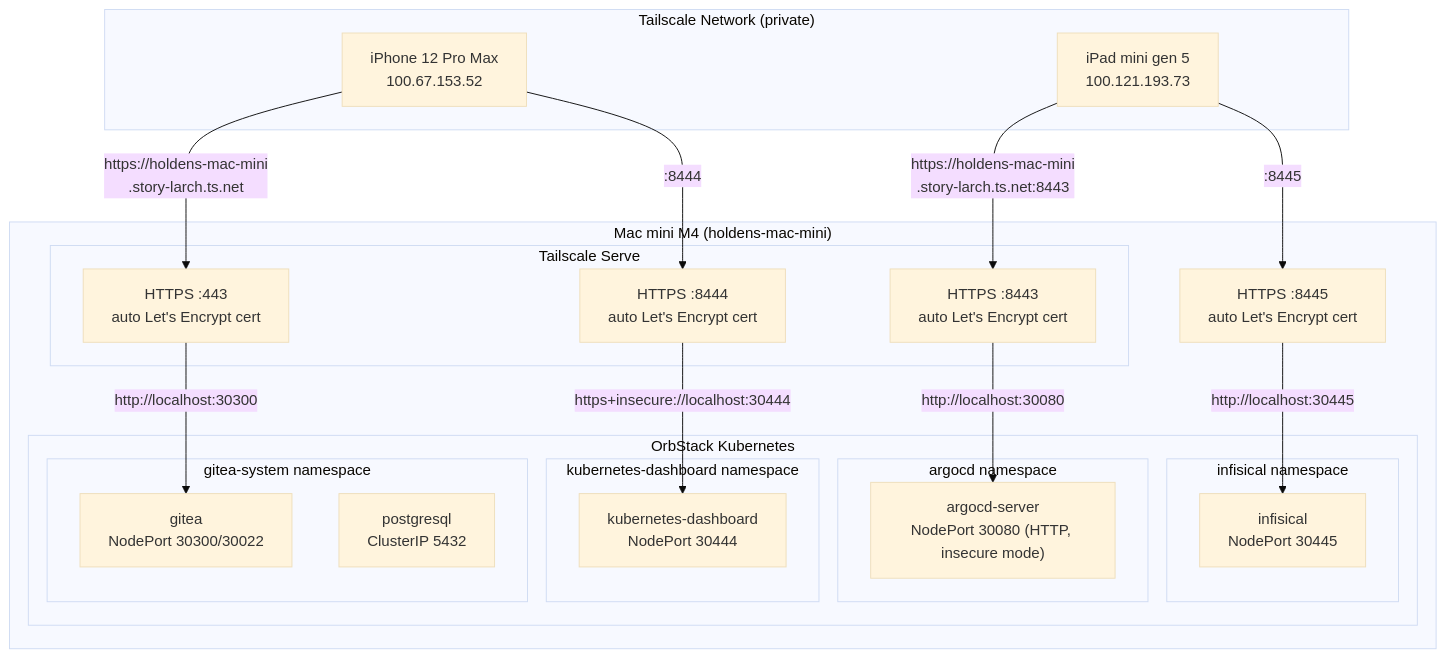
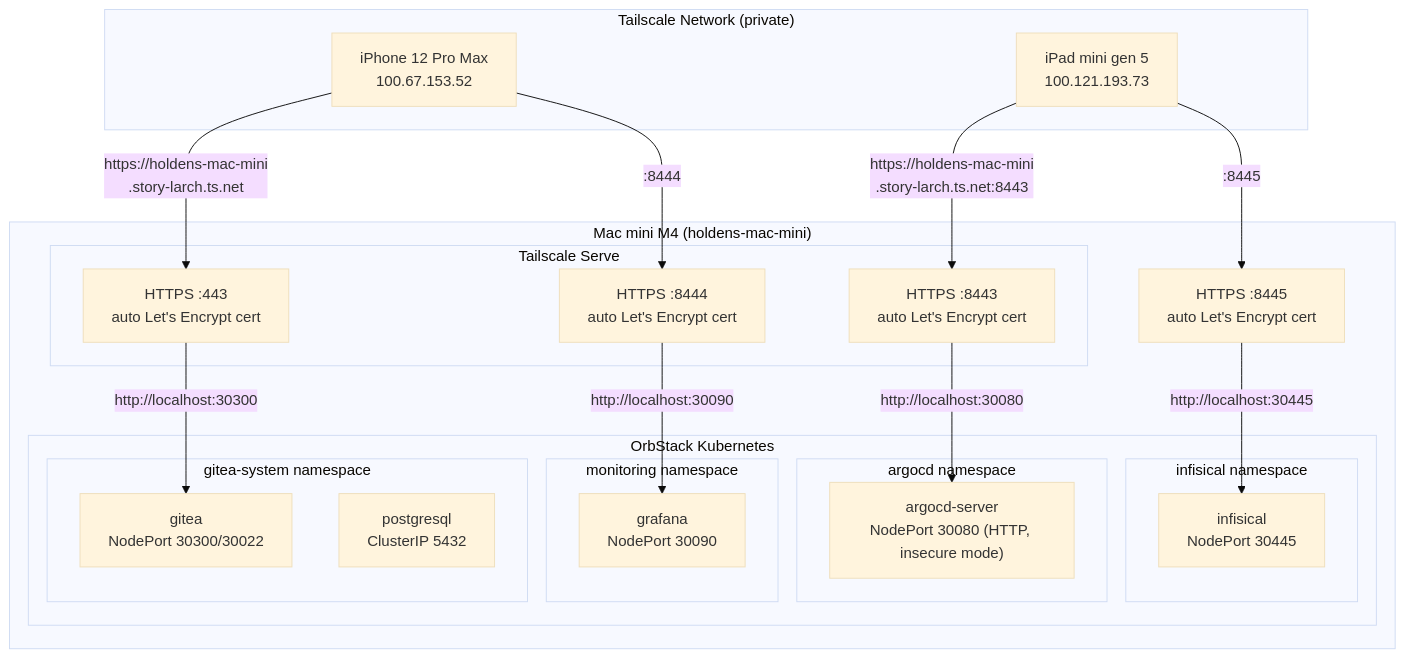
One commit to haingth77/homelab changed the first of 4 diagrams in docs/networking.md. Above: the diagram before and after it, drawn with Mermaid (base theme). The commit also changed other lines of this file and 6 other files, not shown here.

First line of the commit message:
docs: update all references from kubernetes-dashboard to monitoring

````diff
--- a/docs/networking.md
+++ b/docs/networking.md
@@ -20,41 +20,41 @@
 ```mermaid
 flowchart TD
     subgraph tailnet["Tailscale Network (private)"]
         iPhone["iPhone 12 Pro Max\n100.67.153.52"]
         iPad["iPad mini gen 5\n100.121.193.73"]
     end
 
     subgraph mac["Mac mini M4 (holdens-mac-mini)"]
         subgraph ts["Tailscale Serve"]
             TLS443["HTTPS :443\nauto Let's Encrypt cert"]
             TLS8443["HTTPS :8443\nauto Let's Encrypt cert"]
             TLS8444["HTTPS :8444\nauto Let's Encrypt cert"]
         end
 
         subgraph orbstack["OrbStack Kubernetes"]
             subgraph argocdNs["argocd namespace"]
                 ArgoCDSvc["argocd-server\nNodePort 30080 (HTTP, insecure mode)"]
             end
             subgraph giteaNs["gitea-system namespace"]
                 GiteaSvc["gitea\nNodePort 30300/30022"]
                 PgSvc["postgresql\nClusterIP 5432"]
             end
-            subgraph dashNs["kubernetes-dashboard namespace"]
-                DashSvc["kubernetes-dashboard\nNodePort 30444"]
+            subgraph monNs["monitoring namespace"]
+                GrafanaSvc["grafana\nNodePort 30090"]
             end
             subgraph infisicalNs["infisical namespace"]
                 InfisicalSvc["infisical\nNodePort 30445"]
             end
         end
 
         TLS443 -- "http://localhost:30300" --> GiteaSvc
         TLS8443 -- "http://localhost:30080" --> ArgoCDSvc
-        TLS8444 -- "https+insecure://localhost:30444" --> DashSvc
+        TLS8444 -- "http://localhost:30090" --> GrafanaSvc
         TLS8445["HTTPS :8445\nauto Let's Encrypt cert"] -- "http://localhost:30445" --> InfisicalSvc
     end
 
     iPhone -- "https://holdens-mac-mini\n.story-larch.ts.net" --> TLS443
     iPad -- "https://holdens-mac-mini\n.story-larch.ts.net:8443" --> TLS8443
     iPhone -- ":8444" --> TLS8444
     iPad -- ":8445" --> TLS8445
 ```
````
